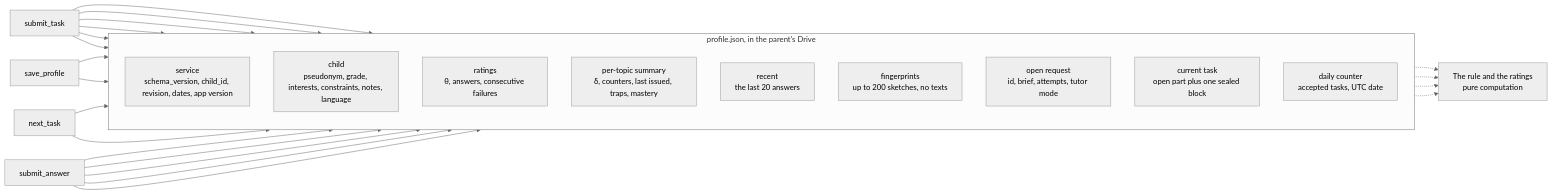
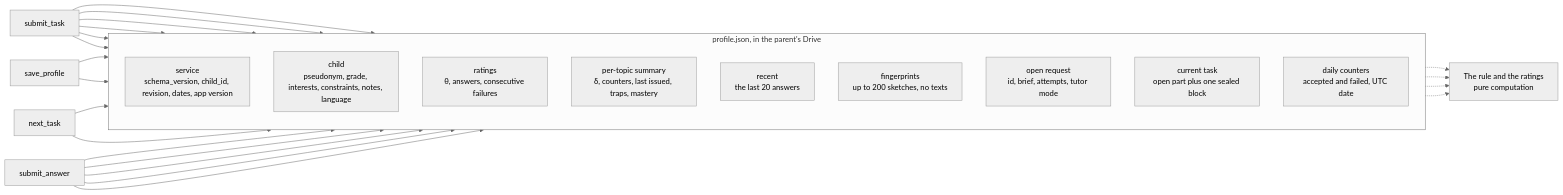
The diagram in docs/architecture/04-profile.md (MathTrail/mathtrail-standalone), drawn with Mermaid (neutral theme) before and after one commit. The commit also changed other lines of this file and 4 other files, not shown here.

````diff
--- a/docs/architecture/04-profile.md
+++ b/docs/architecture/04-profile.md
@@ -13,39 +13,39 @@
 ```mermaid
 flowchart LR
     nt["next_task"]
     st["submit_task"]
     sa["submit_answer"]
     sp["save_profile"]
     rule["The rule and the ratings<br/>pure computation"]
 
     subgraph file["profile.json, in the parent's Drive"]
         direction TB
         svc["service<br/>schema_version, child_id, revision, dates, app version"]
         kid["child<br/>pseudonym, grade, interests, constraints, notes, language"]
         rat["ratings<br/>θ, answers, consecutive failures"]
         top["per-topic summary<br/>δ, counters, last issued, traps, mastery"]
         rec["recent<br/>the last 20 answers"]
         fpr["fingerprints<br/>up to 200 sketches, no texts"]
         req["open request<br/>id, brief, attempts, tutor mode"]
         cur["current task<br/>open part plus one sealed block"]
-        day["daily counter<br/>accepted tasks, UTC date"]
+        day["daily counters<br/>accepted and failed, UTC date"]
     end
 
     sp --> kid
     nt --> req
     st --> cur
     st --> fpr
     st --> day
     st --> req
     st --> top
     sa --> rat
     sa --> top
     sa --> rec
     sa --> cur
     sp & nt & st & sa --> svc
 
     kid -.-> rule
     rat -.-> rule
     top -.-> rule
     rec -.-> rule
 ```
````
